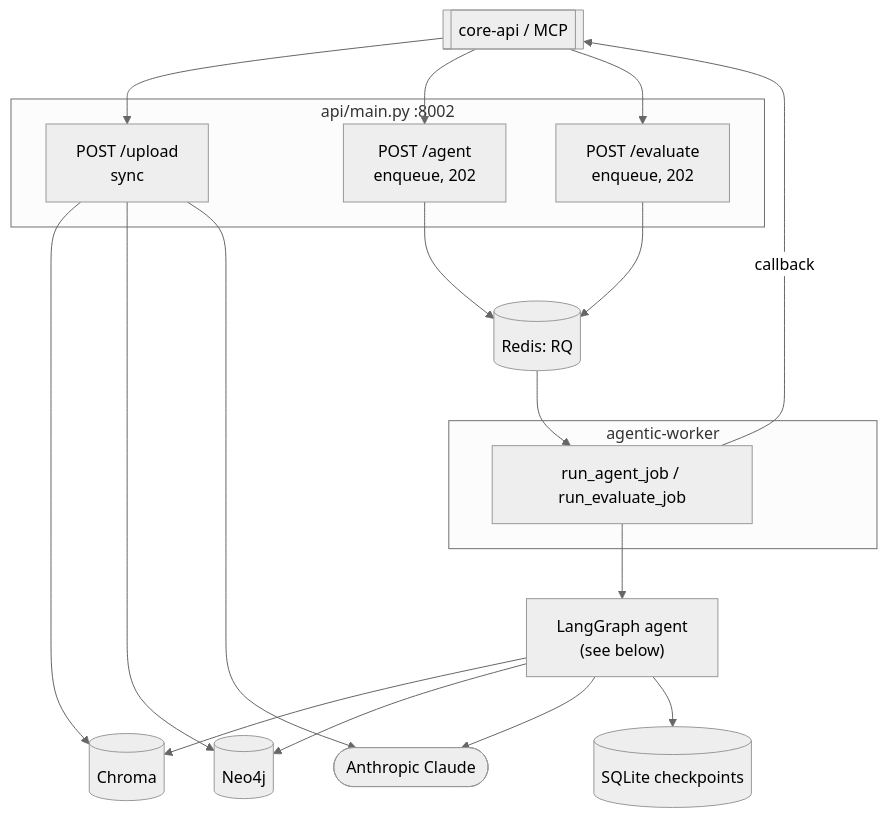
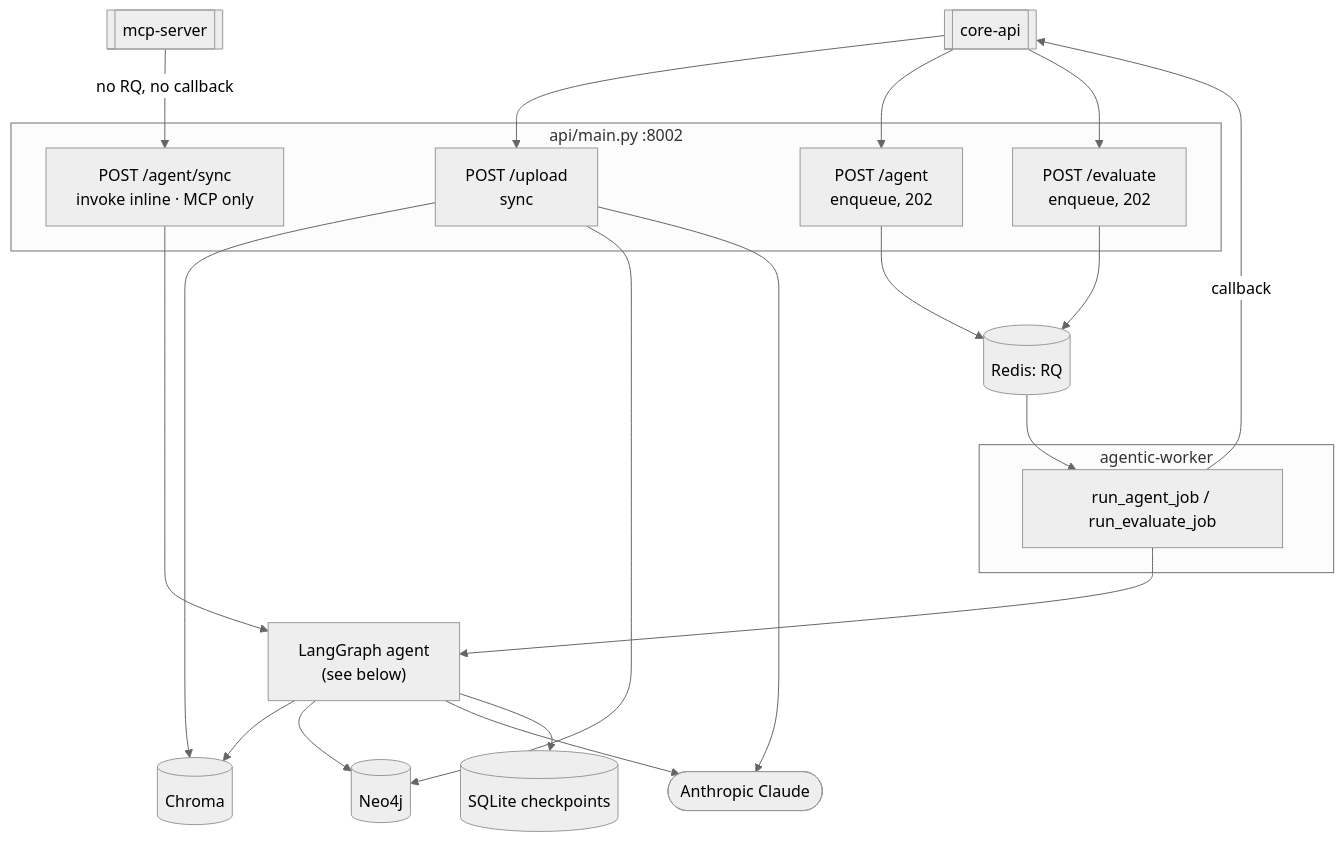
Before and after one commit to codeshivamsi-sketch/ai_study_assistant_edumind: the fifth of 10 diagrams in README.md, drawn with Mermaid (neutral theme). The commit also changed other lines of this file, not shown here.

Commit message:
fix core service hld

````diff
--- a/README.md
+++ b/README.md
@@ -101,34 +104,37 @@
 ```mermaid
 flowchart TD
-    Caller[["core-api / MCP"]]
+    Core[["core-api"]]
+    MCP[["mcp-server"]]
 
     subgraph API ["api/main.py :8002"]
         Upload["POST /upload\nsync"]
         AgentEp["POST /agent\nenqueue, 202"]
         EvalEp["POST /evaluate\nenqueue, 202"]
+        AgentSync["POST /agent/sync\ninvoke inline · MCP only"]
     end
 
     RQ[("Redis: RQ")]
 
     subgraph Worker ["agentic-worker"]
         Jobs["run_agent_job / run_evaluate_job"]
     end
 
     Graph["LangGraph agent\n(see below)"]
     Chroma[("Chroma")]
     Neo4j[("Neo4j")]
     SQLite[("SQLite checkpoints")]
     Claude(["Anthropic Claude"])
 
-    Caller --> Upload --> Chroma
+    Core --> Upload --> Chroma
     Upload --> Neo4j
     Upload --> Claude
-    Caller --> AgentEp --> RQ
-    Caller --> EvalEp --> RQ
+    Core --> AgentEp --> RQ
+    Core --> EvalEp --> RQ
+    MCP -->|"no RQ, no callback"| AgentSync --> Graph
     RQ --> Jobs --> Graph
     Graph --> Chroma
     Graph --> Neo4j
     Graph --> Claude
     Graph --> SQLite
-    Jobs -->|callback| Caller
+    Jobs -->|callback| Core
 ```
````
